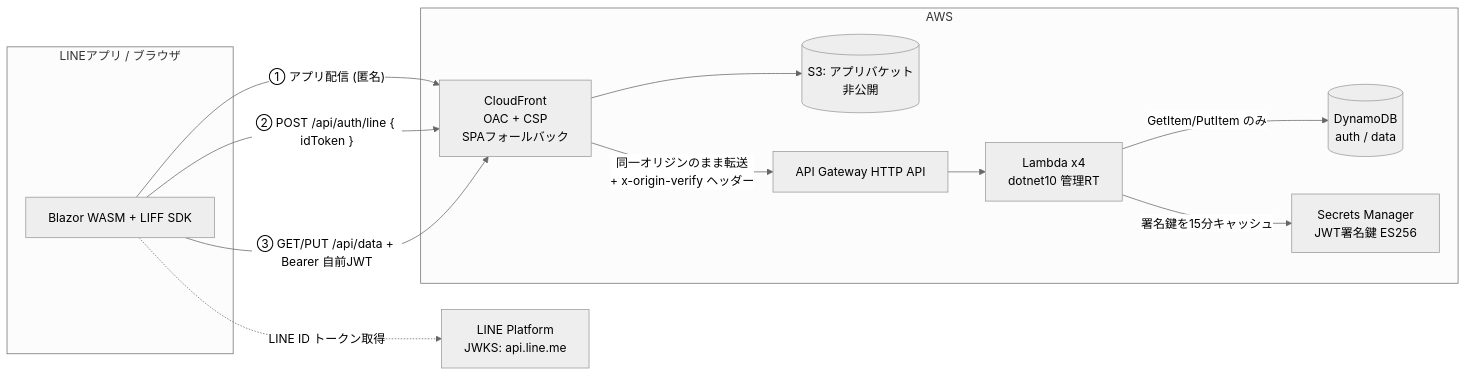
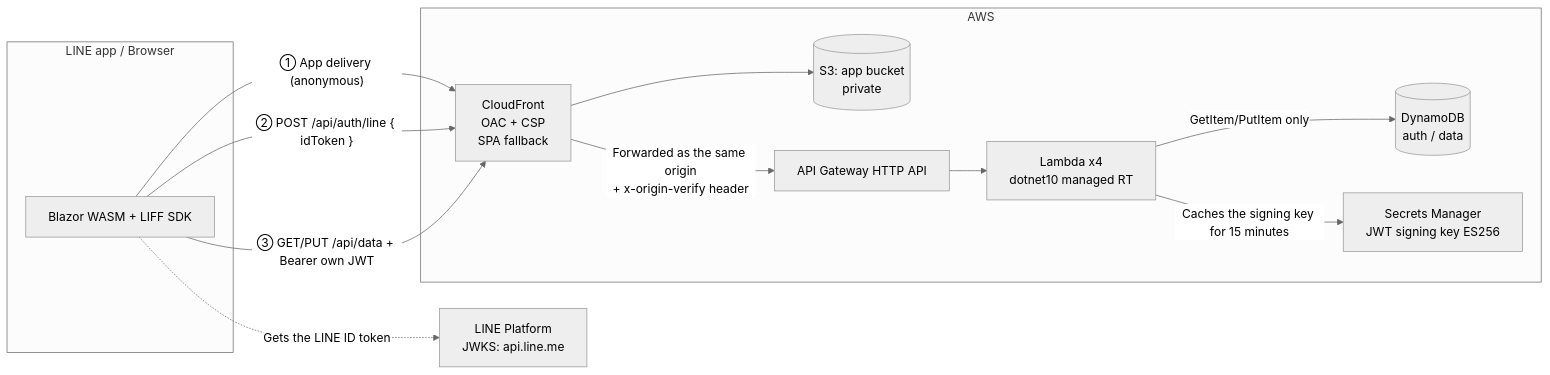
The diagram in README.md (usausa/template-aws-line-miniapp), drawn with Mermaid (neutral theme) before and after one commit. The commit also changed other lines of this file and 1 other file, not shown here.

````diff
--- a/README.md
+++ b/README.md
@@ -32,25 +34,25 @@
 ```mermaid
 graph LR
-    subgraph Client["LINEアプリ / ブラウザ"]
+    subgraph Client["LINE app / Browser"]
         App[Blazor WASM + LIFF SDK]
     end
 
     subgraph AWS
-        CF[CloudFront<br/>OAC + CSP<br/>SPAフォールバック]
-        AppBucket[(S3: アプリバケット<br/>非公開)]
+        CF[CloudFront<br/>OAC + CSP<br/>SPA fallback]
+        AppBucket[(S3: app bucket<br/>private)]
         API[API Gateway HTTP API]
-        Fn[Lambda x4<br/>dotnet10 管理RT]
+        Fn[Lambda x4<br/>dotnet10 managed RT]
         DDB[(DynamoDB<br/>auth / data)]
-        SM[Secrets Manager<br/>JWT署名鍵 ES256]
+        SM[Secrets Manager<br/>JWT signing key ES256]
     end
 
-    App -- "① アプリ配信 (匿名)" --> CF
+    App -- "① App delivery (anonymous)" --> CF
     CF --> AppBucket
     App -- "② POST /api/auth/line { idToken }" --> CF
-    App -- "③ GET/PUT /api/data + Bearer 自前JWT" --> CF
-    CF -- "同一オリジンのまま転送<br/>+ x-origin-verify ヘッダー" --> API
+    App -- "③ GET/PUT /api/data + Bearer own JWT" --> CF
+    CF -- "Forwarded as the same origin<br/>+ x-origin-verify header" --> API
     API --> Fn
-    Fn -- "GetItem/PutItem のみ" --> DDB
-    Fn -- "署名鍵を15分キャッシュ" --> SM
-    App -. "LINE ID トークン取得" .-> LINE[LINE Platform<br/>JWKS: api.line.me]
+    Fn -- "GetItem/PutItem only" --> DDB
+    Fn -- "Caches the signing key for 15 minutes" --> SM
+    App -. "Gets the LINE ID token" .-> LINE[LINE Platform<br/>JWKS: api.line.me]
 ```
````
